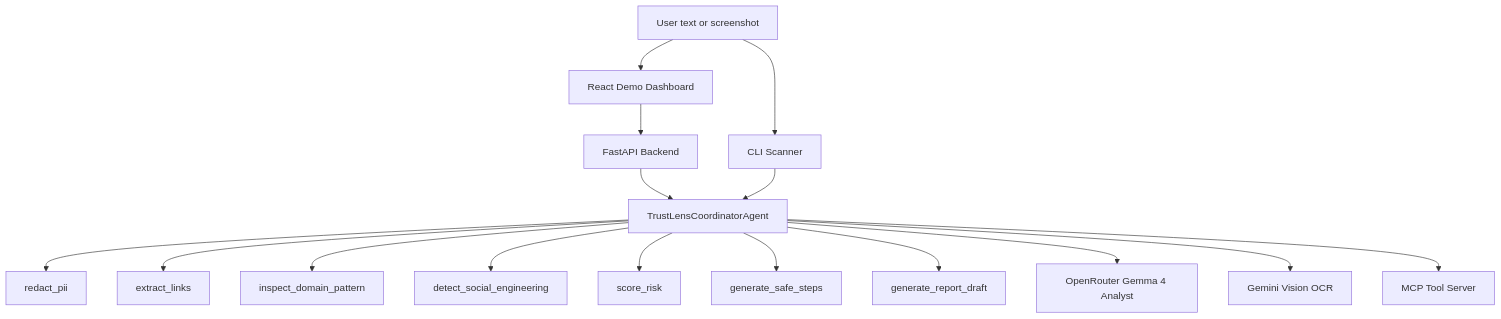
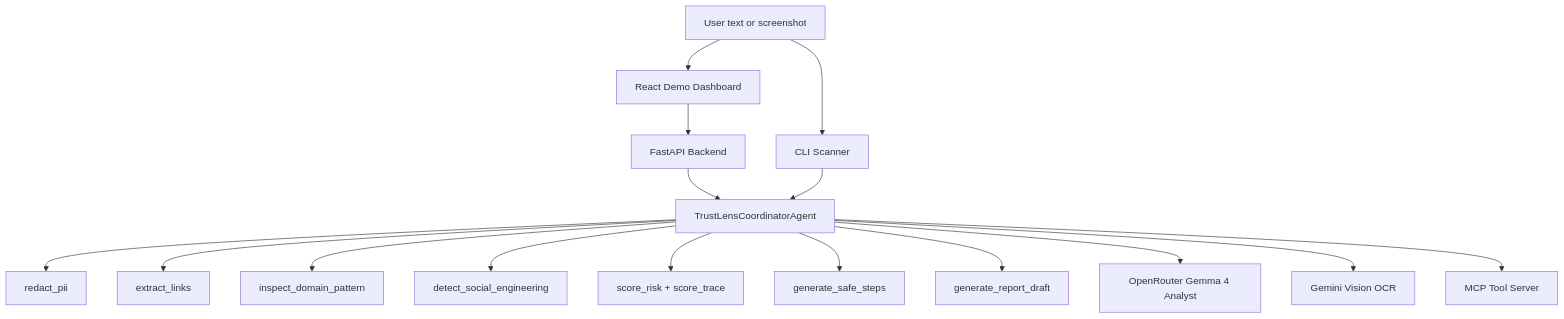
The diagram in README.md (git-clowie/trustlens-agent), drawn with Mermaid before and after one commit. The commit also changed other lines of this file and 13 other files, not shown here.

Commit message:
Add explainable score trace and compact case packet

````diff
--- a/README.md
+++ b/README.md
@@ -26,18 +26,18 @@
 ```mermaid
 flowchart TD
   User["User text or screenshot"] --> Web["React Demo Dashboard"]
   User --> CLI["CLI Scanner"]
   Web --> API["FastAPI Backend"]
   API --> Agent["TrustLensCoordinatorAgent"]
   CLI --> Agent
   Agent --> PII["redact_pii"]
   Agent --> Links["extract_links"]
   Agent --> Domains["inspect_domain_pattern"]
   Agent --> Social["detect_social_engineering"]
-  Agent --> Score["score_risk"]
+  Agent --> Score["score_risk + score_trace"]
   Agent --> Steps["generate_safe_steps"]
   Agent --> Report["generate_report_draft"]
   Agent --> Gemma["OpenRouter Gemma 4 Analyst"]
   Agent --> OCR["Gemini Vision OCR"]
   Agent --> MCP["MCP Tool Server"]
 ```
````
